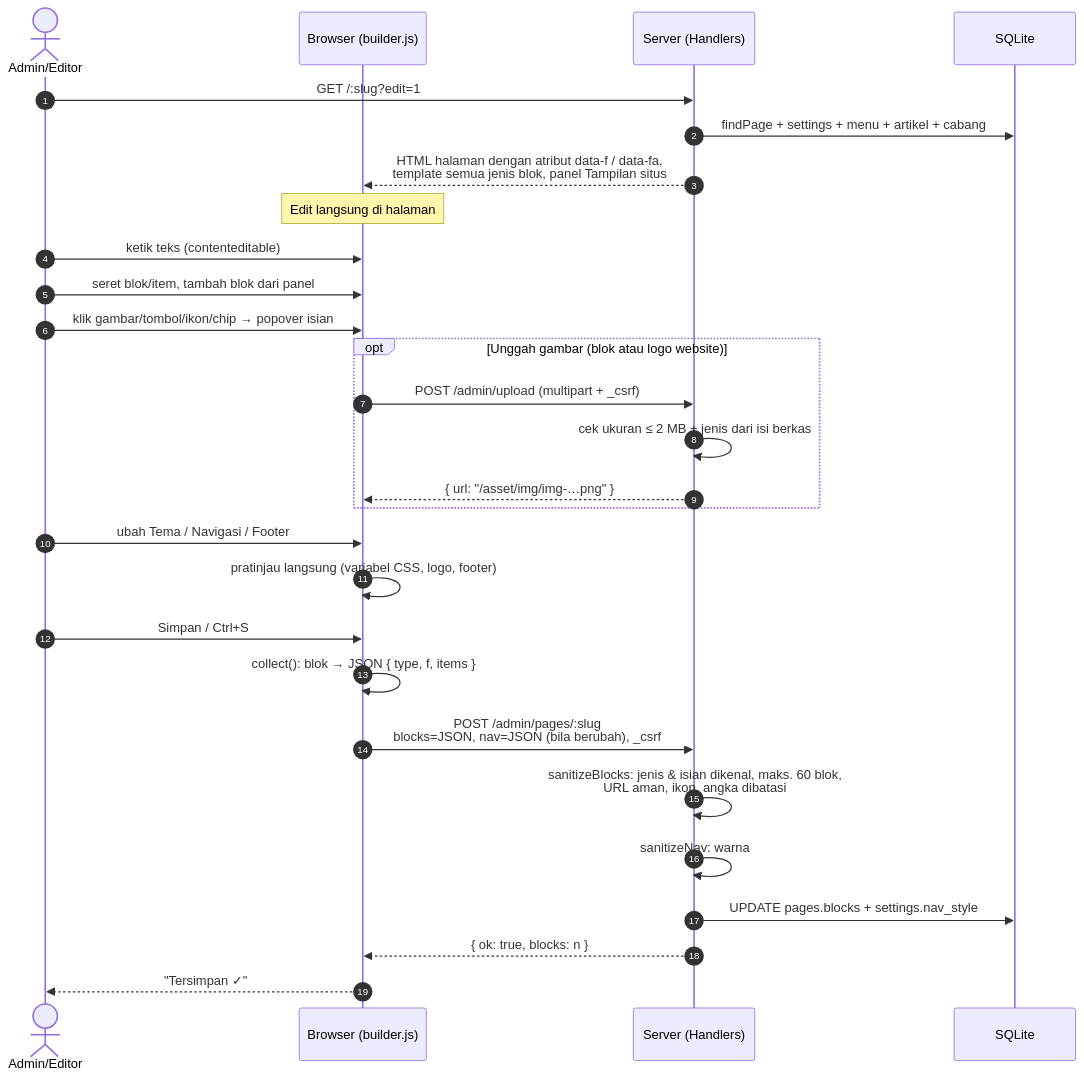
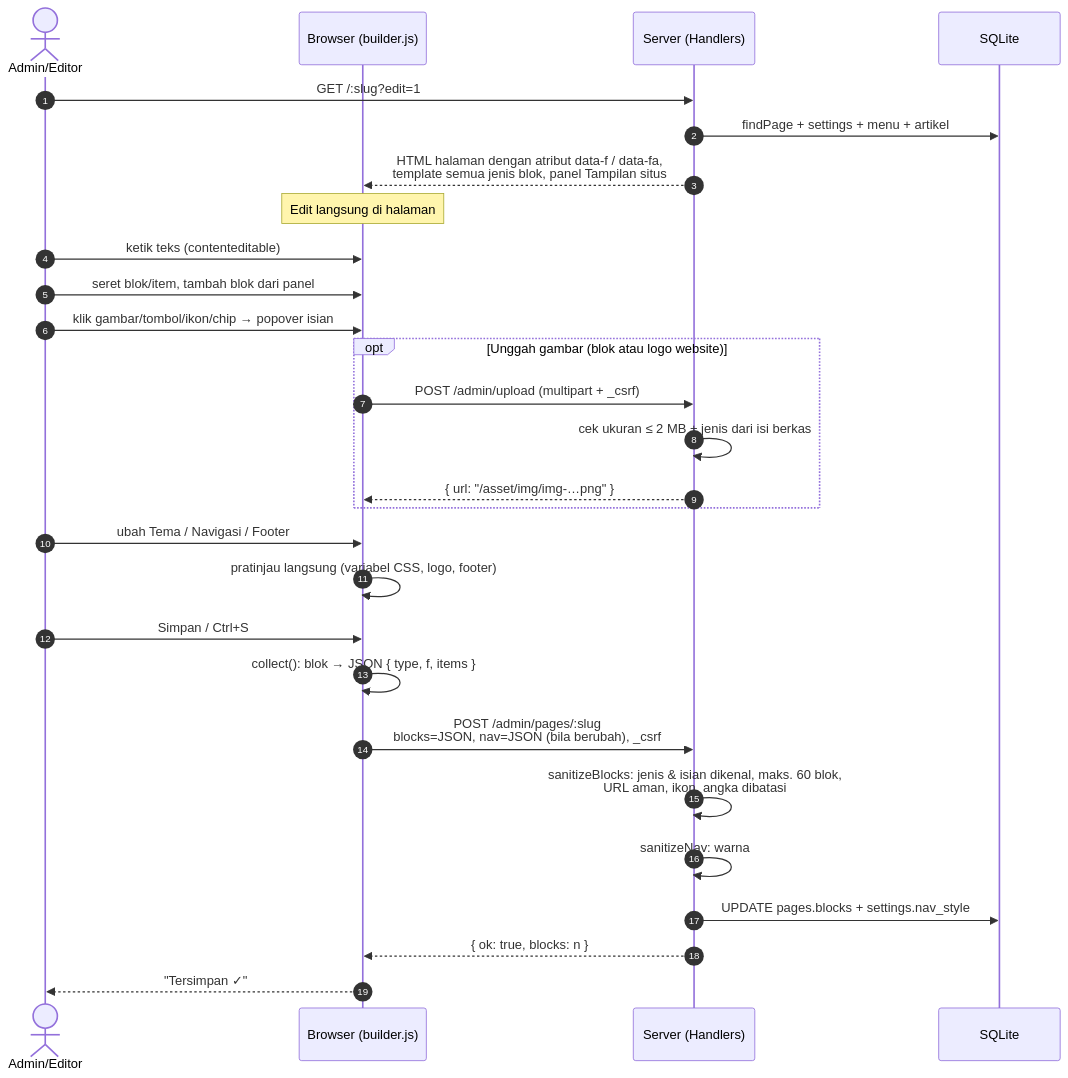
The eighth of 15 diagrams in README.md (alvarezyrh/DCMS), drawn with Mermaid before and after one commit. The commit also changed other lines of this file and 25 other files, not shown here.

First line of the commit message:
Hapus fitur cabang, tambah menu Log keamanan & unduh laporan Excel/PDF

````diff
--- a/README.md
+++ b/README.md
@@ -424,31 +432,31 @@
 ```mermaid
 sequenceDiagram
     autonumber
     actor A as Admin/Editor
     participant B as Browser (builder.js)
     participant S as Server (Handlers)
     participant D as SQLite
 
     A->>S: GET /:slug?edit=1
-    S->>D: findPage + settings + menu + artikel + cabang
+    S->>D: findPage + settings + menu + artikel
     S-->>B: HTML halaman dengan atribut data-f / data-fa,<br/>template semua jenis blok, panel Tampilan situs
     Note over B: Edit langsung di halaman
     A->>B: ketik teks (contenteditable)
     A->>B: seret blok/item, tambah blok dari panel
     A->>B: klik gambar/tombol/ikon/chip → popover isian
     opt Unggah gambar (blok atau logo website)
         B->>S: POST /admin/upload (multipart + _csrf)
         S->>S: cek ukuran ≤ 2 MB + jenis dari isi berkas
         S-->>B: { url: "/asset/img/img-…png" }
     end
     A->>B: ubah Tema / Navigasi / Footer
     B->>B: pratinjau langsung (variabel CSS, logo, footer)
     A->>B: Simpan / Ctrl+S
     B->>B: collect(): blok → JSON { type, f, items }
     B->>S: POST /admin/pages/:slug<br/>blocks=JSON, nav=JSON (bila berubah), _csrf
     S->>S: sanitizeBlocks: jenis & isian dikenal, maks. 60 blok,<br/>URL aman, ikon, angka dibatasi
     S->>S: sanitizeNav: warna #hex, angka dalam rentang,<br/>teks dipotong, logo hanya /asset/img atau https
     S->>D: UPDATE pages.blocks + settings.nav_style
     S-->>B: { ok: true, blocks: n }
     B-->>A: "Tersimpan ✓"
 ```
````
